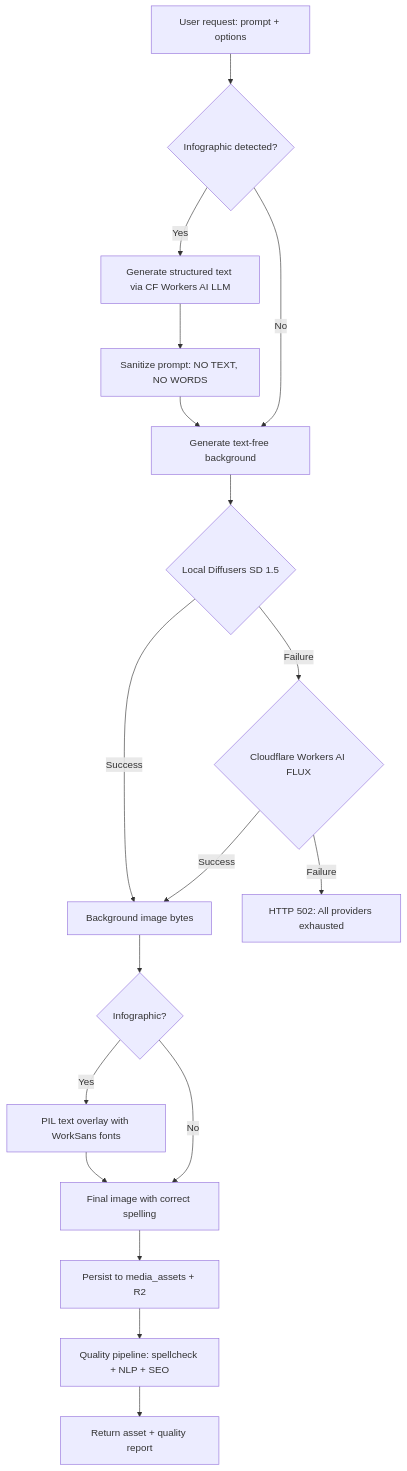
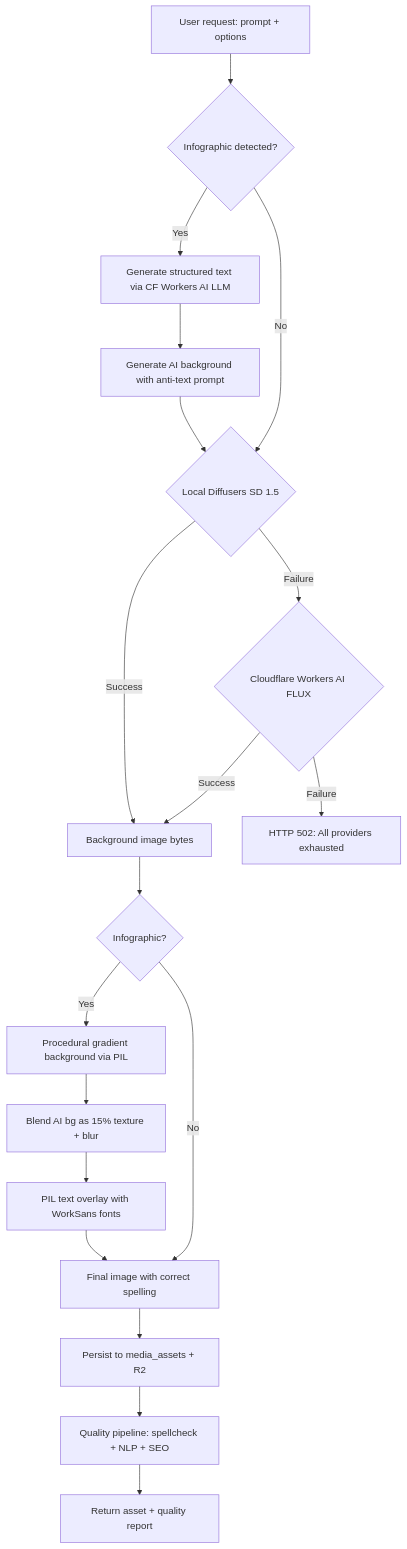
Before and after one commit to Themis128/cu130-slim: the diagram in docs/dmr-media-generation-architecture.md, drawn with Mermaid. The commit also changed other lines of this file and 5 other files, not shown here.

First line of the commit message:
fix: use procedural gradient background for infographics to eliminate text bleed-through

````diff
--- a/docs/dmr-media-generation-architecture.md
+++ b/docs/dmr-media-generation-architecture.md
@@ -550,20 +563,21 @@
 ```mermaid
 flowchart TD
     A[User request: prompt + options] --> B{Infographic detected?}
     B -->|Yes| C[Generate structured text via CF Workers AI LLM]
-    C --> D[Sanitize prompt: NO TEXT, NO WORDS]
-    D --> E[Generate text-free background]
+    C --> D[Generate AI background with anti-text prompt]
+    D --> E{Local Diffusers SD 1.5}
     B -->|No| E
-    E --> F{Local Diffusers SD 1.5}
-    F -->|Success| G[Background image bytes]
-    F -->|Failure| H{Cloudflare Workers AI FLUX}
-    H -->|Success| G
-    H -->|Failure| I[HTTP 502: All providers exhausted]
-    G --> J{Infographic?}
-    J -->|Yes| K[PIL text overlay with WorkSans fonts]
-    K --> L[Final image with correct spelling]
-    J -->|No| L
-    L --> M[Persist to media_assets + R2]
-    M --> N[Quality pipeline: spellcheck + NLP + SEO]
-    N --> O[Return asset + quality report]
+    E -->|Success| F[Background image bytes]
+    E -->|Failure| G{Cloudflare Workers AI FLUX}
+    G -->|Success| F
+    G -->|Failure| H[HTTP 502: All providers exhausted]
+    F --> I{Infographic?}
+    I -->|Yes| J[Procedural gradient background via PIL]
+    J --> K[Blend AI bg as 15% texture + blur]
+    K --> L[PIL text overlay with WorkSans fonts]
+    L --> M[Final image with correct spelling]
+    I -->|No| M
+    M --> N[Persist to media_assets + R2]
+    N --> O[Quality pipeline: spellcheck + NLP + SEO]
+    O --> P[Return asset + quality report]
 ```
````
